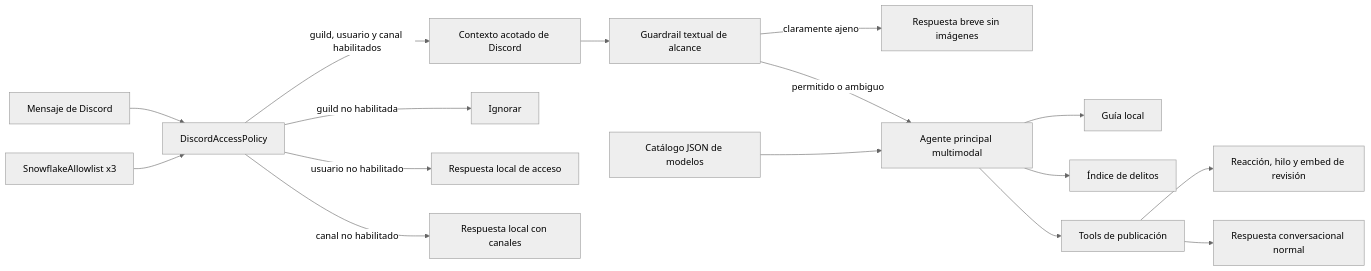
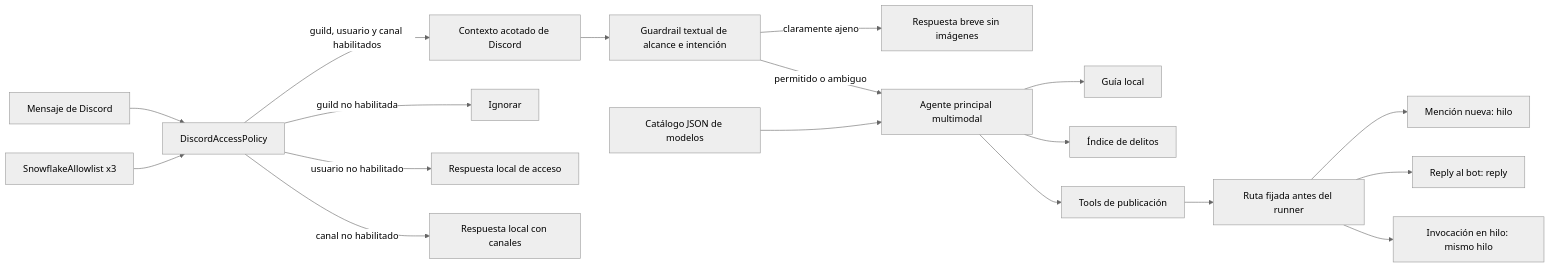
One commit to SouthViking/arrest-report-agent changed the diagram in docs/ARCHITECTURE.md. Above: the diagram before and after it, drawn with Mermaid (neutral theme). The commit also changed other lines of this file and 28 other files, not shown here.

````diff
--- a/docs/ARCHITECTURE.md
+++ b/docs/ARCHITECTURE.md
@@ -5,18 +5,20 @@
 ```mermaid
 flowchart LR
     M["Mensaje de Discord"] --> T["DiscordAccessPolicy"]
     A["SnowflakeAllowlist x3"] --> T
     T -->|"guild, usuario y canal habilitados"| C["Contexto acotado de Discord"]
     T -->|"guild no habilitada"| I["Ignorar"]
     T -->|"usuario no habilitado"| U["Respuesta local de acceso"]
     T -->|"canal no habilitado"| W["Respuesta local con canales"]
-    C --> S["Guardrail textual de alcance"]
+    C --> S["Guardrail textual de alcance e intención"]
     S -->|"claramente ajeno"| O["Respuesta breve sin imágenes"]
     S -->|"permitido o ambiguo"| R["Agente principal multimodal"]
     J["Catálogo JSON de modelos"] --> R
     R --> G["Guía local"]
     R --> D["Índice de delitos"]
     R --> P["Tools de publicación"]
-    P --> X["Reacción, hilo y embed de revisión"]
-    P --> N["Respuesta conversacional normal"]
+    P --> X["Ruta fijada antes del runner"]
+    X --> H["Mención nueva: hilo"]
+    X --> N["Reply al bot: reply"]
+    X --> F["Invocación en hilo: mismo hilo"]
 ```
````
